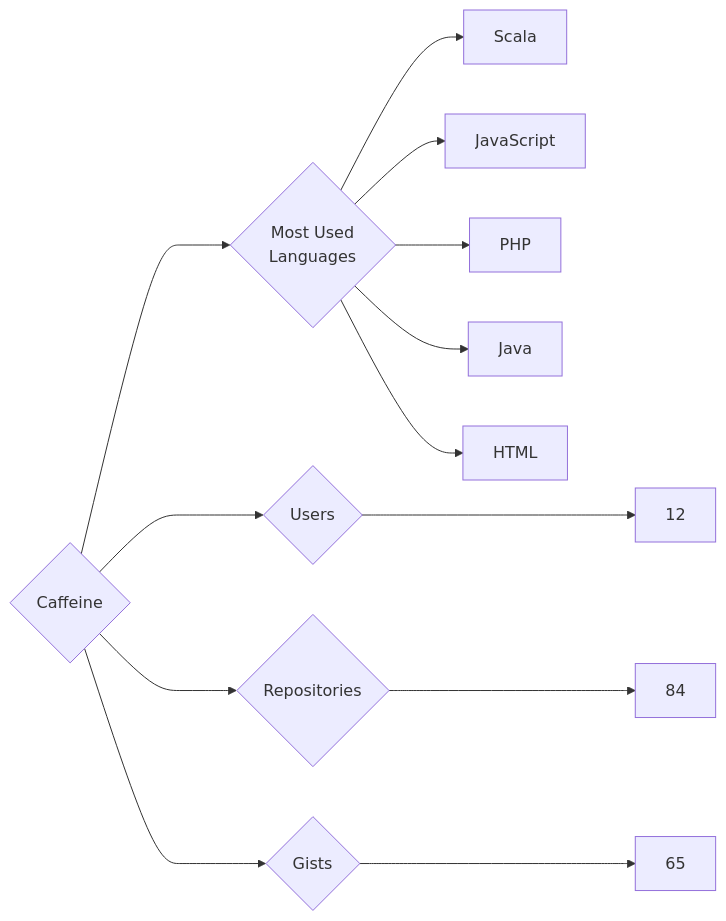
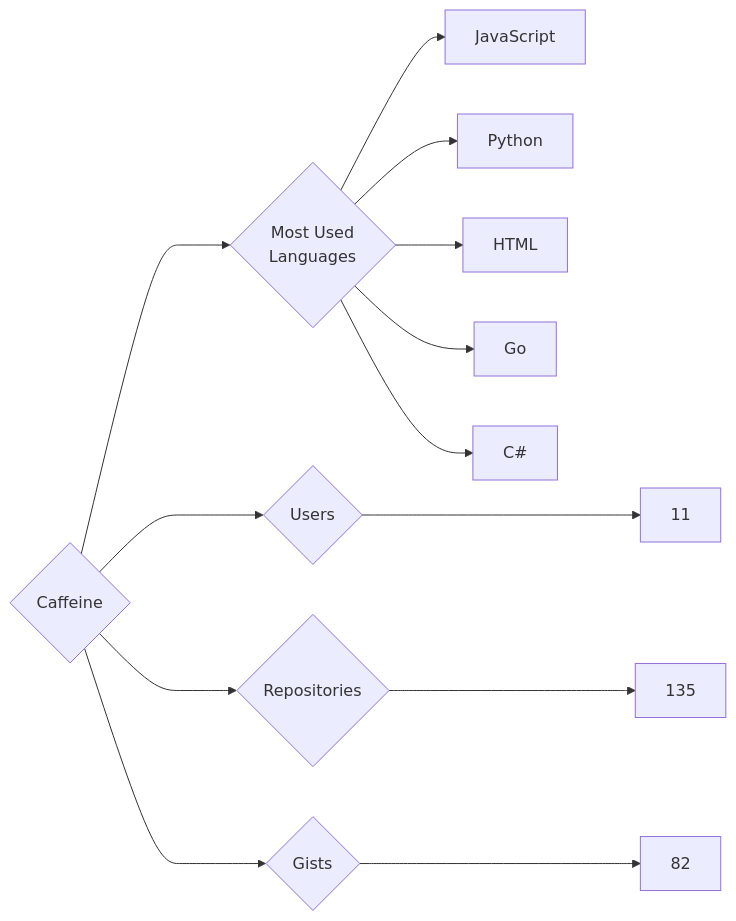
One commit to trickest/insiders changed the diagram in targets/Caffeine/README.md. Above: the diagram before and after it, drawn with Mermaid. The commit also changed 809 other files, not shown here.

````diff
--- a/targets/Caffeine/README.md
+++ b/targets/Caffeine/README.md
@@ -3,13 +3,13 @@
 ```mermaid
 graph LR
 COMPANY_NAME{Caffeine}
-COMPANY_NAME ---> U{Users} ---> UN[12]
-COMPANY_NAME ---> R{Repositories} ---> RN[84]
-COMPANY_NAME ---> G{Gists} ---> GN[65]
+COMPANY_NAME ---> U{Users} ---> UN[11]
+COMPANY_NAME ---> R{Repositories} ---> RN[135]
+COMPANY_NAME ---> G{Gists} ---> GN[82]
 COMPANY_NAME ---> ML{Most Used<br>Languages}
-ML --> Scala[Scala]
 ML --> JavaScript[JavaScript]
-ML --> PHP[PHP]
-ML --> Java[Java]
+ML --> Python[Python]
 ML --> HTML[HTML]
+ML --> Go[Go]
+ML --> C#[C#]
 ```
````
